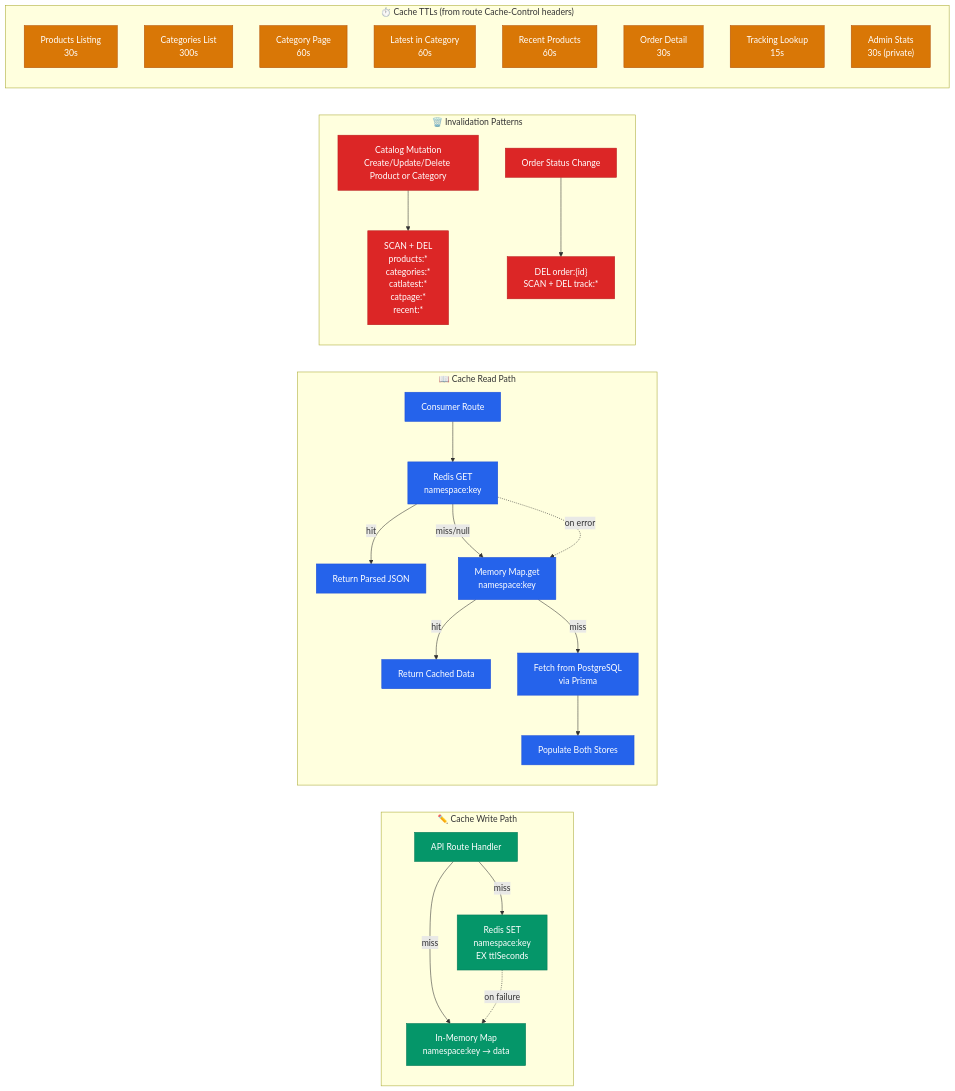
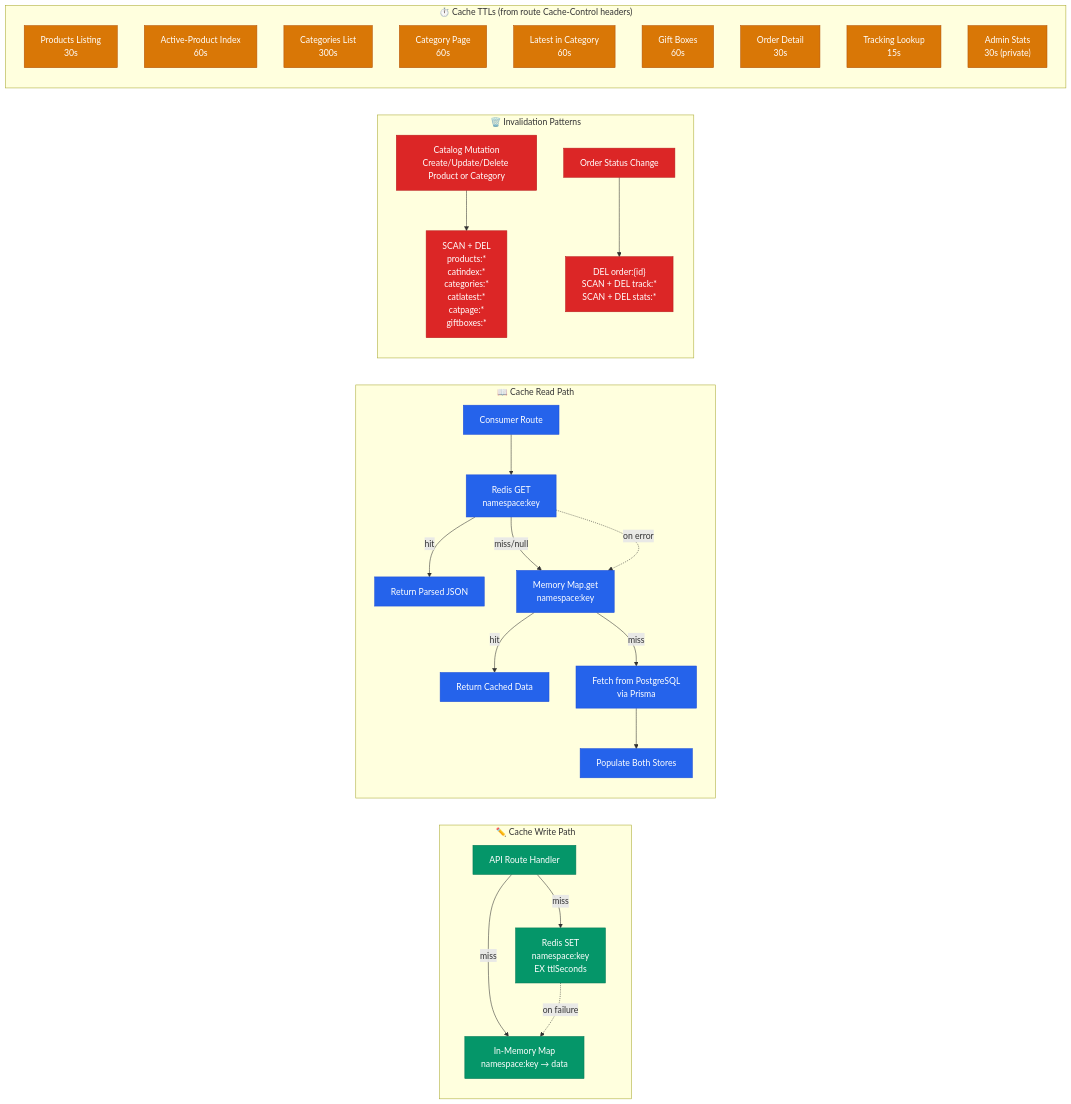
Before and after one commit to deepak-sekarbabu-coder/chinni-treasure: the fifth of 10 diagrams in chinni-treasure/docs/ARCHITECTURE_DIAGRAMS.md, drawn with Mermaid. The commit also changed other lines of this file and 7 other files, not shown here.

Commit message:
Refactor caching strategy and remove recent products API; update documentation and architecture diagrams

````diff
--- a/chinni-treasure/docs/ARCHITECTURE_DIAGRAMS.md
+++ b/chinni-treasure/docs/ARCHITECTURE_DIAGRAMS.md
@@ -300,49 +302,50 @@
 ```mermaid
 flowchart LR
     subgraph WritePath["✏️ Cache Write Path"]
         API["API Route Handler"]
         API -->|miss| RedisSet["Redis SET<br/>namespace:key<br/>EX ttlSeconds"]
         API -->|miss| MemSet["In-Memory Map<br/>namespace:key → data"]
         RedisSet -.->|"on failure"| MemSet
     end
 
     subgraph ReadPath["📖 Cache Read Path"]
         Consumer["Consumer Route"]
         Consumer --> RedisGet["Redis GET<br/>namespace:key"]
         RedisGet -->|hit| ReturnRedis["Return Parsed JSON"]
         RedisGet -->|miss/null| MemGet["Memory Map.get<br/>namespace:key"]
         RedisGet -.->|"on error"| MemGet
         MemGet -->|hit| ReturnMem["Return Cached Data"]
         MemGet -->|miss| FetchDB["Fetch from PostgreSQL<br/>via Prisma"]
         FetchDB --> Populate["Populate Both Stores"]
     end
 
     subgraph Invalidations["🗑️ Invalidation Patterns"]
         CatMutation["Catalog Mutation<br/>Create/Update/Delete Product or Category"]
-        CatMutation --> ScanDEL["SCAN + DEL<br/>products:*<br/>categories:*<br/>catlatest:*<br/>catpage:*<br/>recent:*"]
+        CatMutation --> ScanDEL["SCAN + DEL<br/>products:*<br/>catindex:*<br/>categories:*<br/>catlatest:*<br/>catpage:*<br/>giftboxes:*"]
         
         OrderMutation["Order Status Change"]
-        OrderMutation --> OrderDEL["DEL order:{id}<br/>SCAN + DEL track:*"]
+        OrderMutation --> OrderDEL["DEL order:{id}<br/>SCAN + DEL track:*<br/>SCAN + DEL stats:*"]
     end
 
     subgraph TTLs["⏱️ Cache TTLs (from route Cache-Control headers)"]
         Products["Products Listing<br/>30s"]
+        CatIndex["Active-Product Index<br/>60s"]
         Categories["Categories List<br/>300s"]
         CatPage["Category Page<br/>60s"]
         CatLatest["Latest in Category<br/>60s"]
-        Recent["Recent Products<br/>60s"]
+        GiftBoxes["Gift Boxes<br/>60s"]
         OrderDetail["Order Detail<br/>30s"]
         Tracking["Tracking Lookup<br/>15s"]
         Stats["Admin Stats<br/>30s (private)"]
     end
 
     classDef writeStyle fill:#059669,stroke:#047857,color:#FFFFFF
     classDef readStyle fill:#2563EB,stroke:#1D4ED8,color:#FFFFFF
     classDef invalidStyle fill:#DC2626,stroke:#B91C1C,color:#FFFFFF
     classDef ttlStyle fill:#D97706,stroke:#B45309,color:#FFFFFF
 
     class API,RedisSet,MemSet writeStyle
     class Consumer,RedisGet,ReturnRedis,MemGet,ReturnMem,FetchDB,Populate readStyle
     class CatMutation,ScanDEL,OrderMutation,OrderDEL invalidStyle
-    class Products,Categories,CatPage,CatLatest,Recent,OrderDetail,Tracking,Stats ttlStyle
+    class Products,CatIndex,Categories,CatPage,CatLatest,GiftBoxes,OrderDetail,Tracking,Stats ttlStyle
 ```
````
